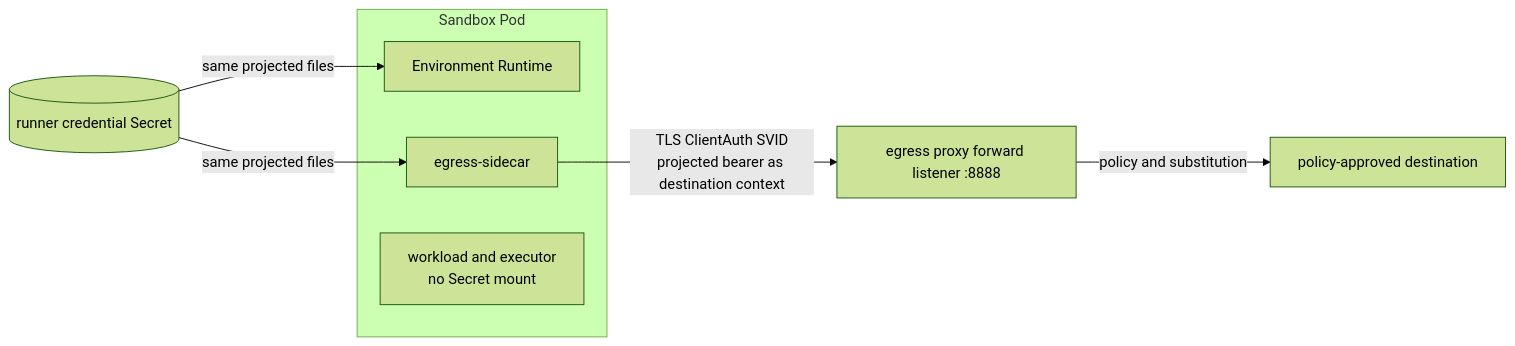
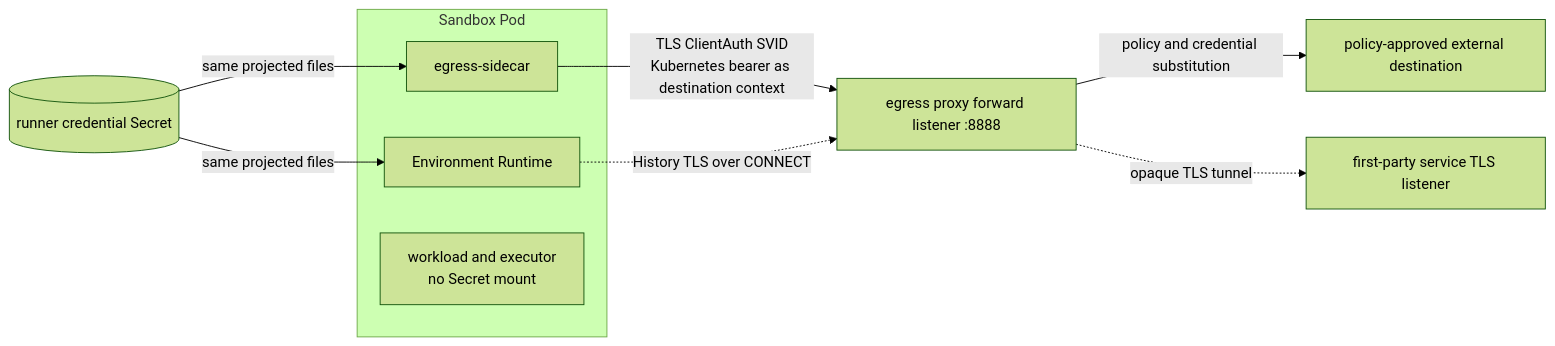
Before and after one commit to agentydragon/ducktape: the diagram in agentplane/docs/runner_control.md, drawn with Mermaid (forest theme). The commit also changed other lines of this file and 296 other files, not shown here.

````diff
--- a/agentplane/docs/runner_control.md
+++ b/agentplane/docs/runner_control.md
@@ -334,15 +334,18 @@
 ```mermaid
 flowchart LR
     SECRET[(runner credential Secret)]
     subgraph POD[Sandbox Pod]
         RUNTIME[Environment Runtime]
         SIDECAR[egress-sidecar]
         WORKLOAD[workload and executor<br/>no Secret mount]
     end
     PROXY[egress proxy forward listener :8888]
-    DEST[policy-approved destination]
+    DEST[policy-approved external destination]
+    PLATFORM[first-party service TLS listener]
     SECRET -->|same projected files| RUNTIME
     SECRET -->|same projected files| SIDECAR
-    SIDECAR -->|TLS ClientAuth SVID<br/>projected bearer as destination context| PROXY
-    PROXY -->|policy and substitution| DEST
+    SIDECAR -->|TLS ClientAuth SVID<br/>Kubernetes bearer as destination context| PROXY
+    RUNTIME -.->|History TLS over CONNECT| PROXY
+    PROXY -->|policy and credential substitution| DEST
+    PROXY -.->|opaque TLS tunnel| PLATFORM
 ```
````
